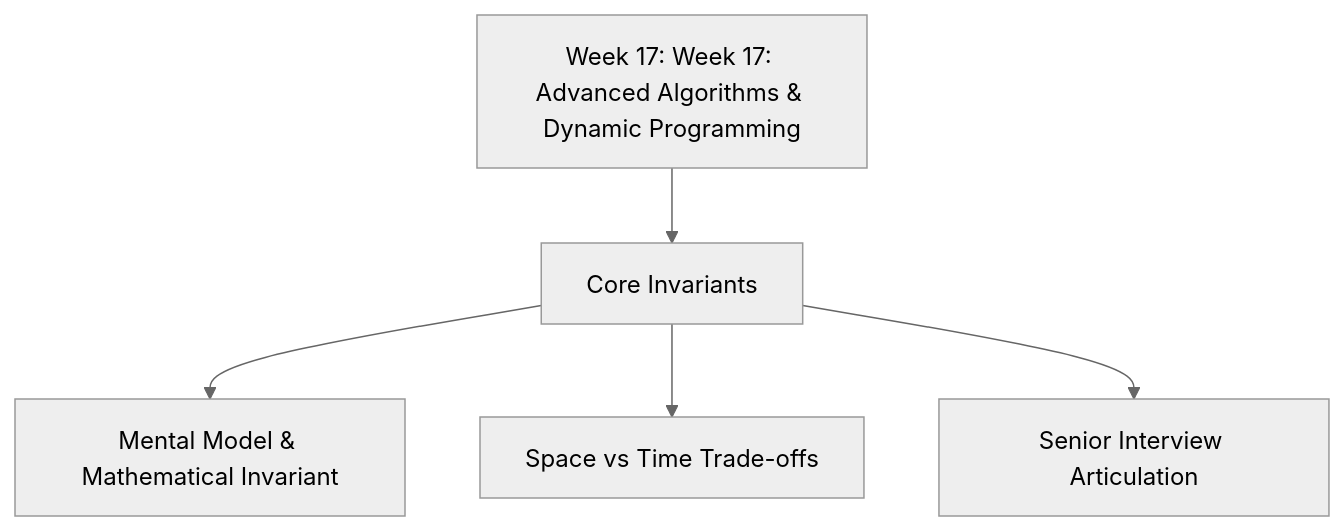
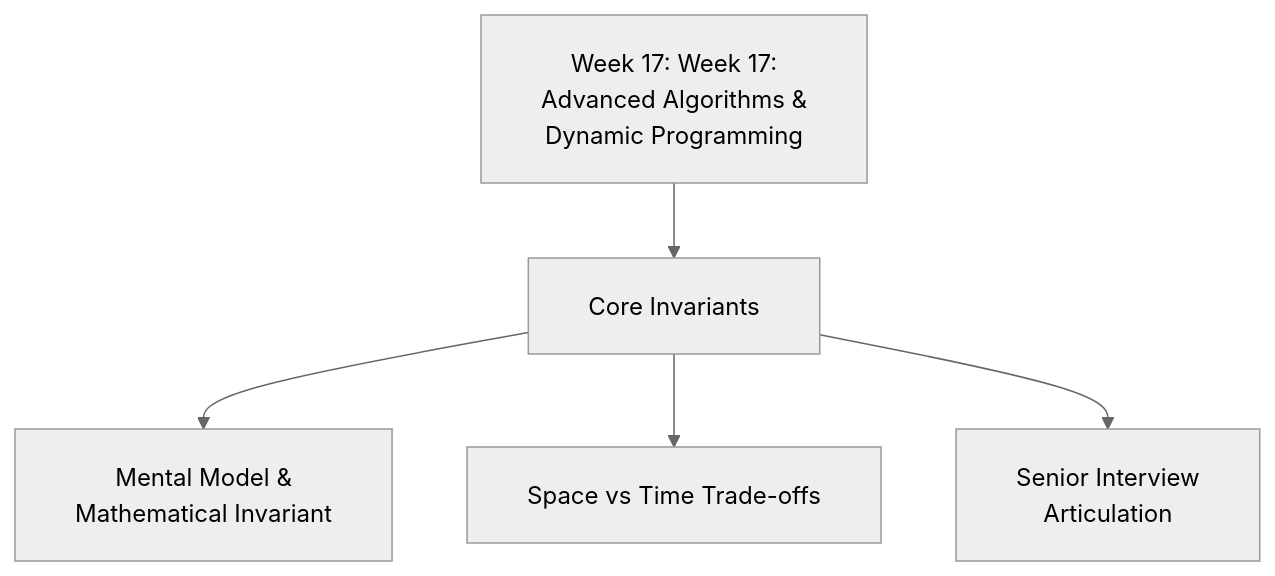
The diagram in week_17_advanced_graphs_hld_fft/WEEK_17_FULL_PLAYBOOK.md (dip4k/DSA_102), drawn with Mermaid (neutral theme) before and after one commit. The commit also changed 108 other files, not shown here.

First line of the commit message:
fix(mermaid): resolve diagram clipping, padding, and syntax issues across repo

````diff
--- a/week_17_advanced_graphs_hld_fft/WEEK_17_FULL_PLAYBOOK.md
+++ b/week_17_advanced_graphs_hld_fft/WEEK_17_FULL_PLAYBOOK.md
@@ -13,7 +13,8 @@
 ```mermaid
+%%{init: {"flowchart": {"htmlLabels": true, "padding": 20}}}%%
 flowchart TD
-    W["Week 17: Week 17: Advanced Algorithms & Dynamic Programming"] --> Core["Core Invariants"]
-    Core --> P1["Mental Model & Mathematical Invariant"]
+    W["Week 17: Week 17:<br/>Advanced Algorithms &<br/>Dynamic Programming"] --> Core["Core Invariants"]
+    Core --> P1["Mental Model &<br/>Mathematical Invariant"]
     Core --> P2["Space vs Time Trade-offs"]
-    Core --> P3["Senior Interview Articulation"]
+    Core --> P3["Senior Interview<br/>Articulation"]
 ```
````
